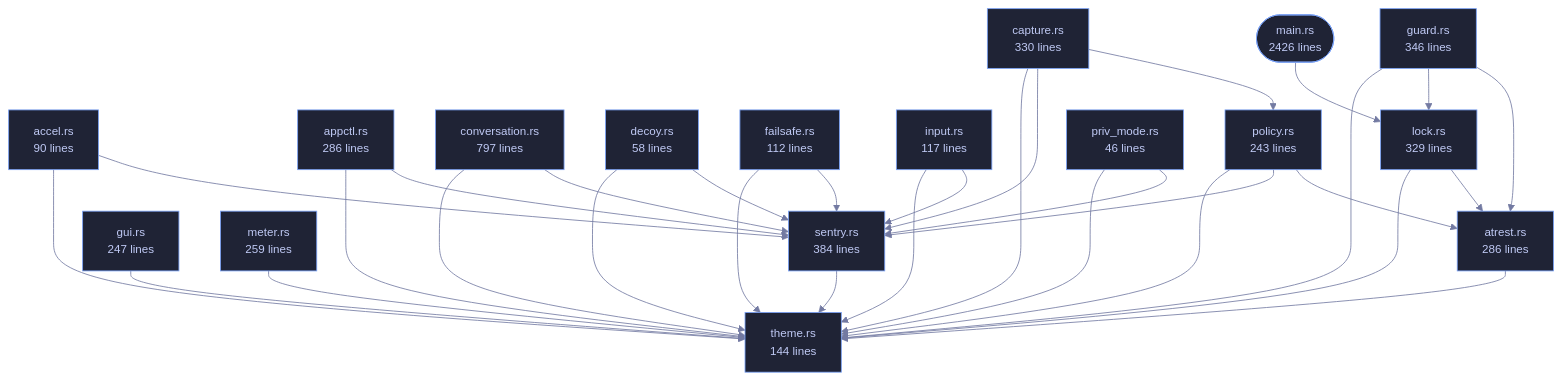
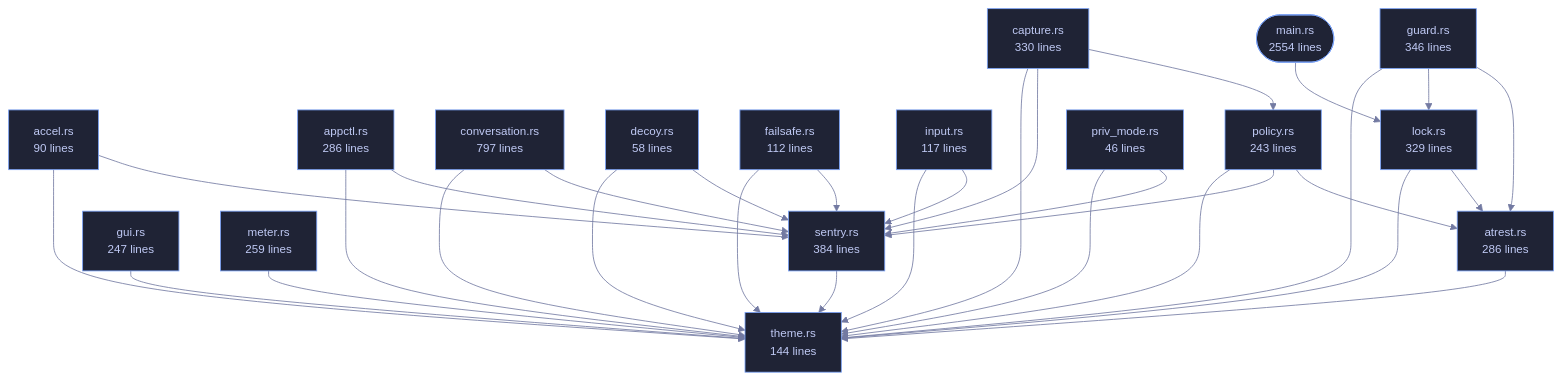
Before and after one commit to tilas01/veilvoice: the diagram in wiki/Crate-veilvoice-cli.md, drawn with Mermaid. The commit also changed other lines of this file and 31 other files, not shown here.

````diff
--- a/wiki/Crate-veilvoice-cli.md
+++ b/wiki/Crate-veilvoice-cli.md
@@ -97,68 +97,68 @@
 ```mermaid
 %%{init: {"theme":"base","themeVariables":{"background":"#1a1b26","primaryColor":"#1f2335","primaryTextColor":"#c0caf5","primaryBorderColor":"#7aa2f7","secondaryColor":"#16161e","tertiaryColor":"#16161e","lineColor":"#737aa2","textColor":"#c0caf5","mainBkg":"#1f2335","nodeBorder":"#7aa2f7","clusterBkg":"#16161e","clusterBorder":"#2f3549","fontFamily":"ui-monospace, SFMono-Regular, Consolas, monospace","fontSize":"14px"}}}%%
 flowchart TD
-    n_main(["main.rs<br/>2426 lines"])
+    n_main(["main.rs<br/>2554 lines"])
     n_accel["accel.rs<br/>90 lines"]
     n_appctl["appctl.rs<br/>286 lines"]
     n_atrest["atrest.rs<br/>286 lines"]
     n_capture["capture.rs<br/>330 lines"]
     n_conversation["conversation.rs<br/>797 lines"]
     n_decoy["decoy.rs<br/>58 lines"]
     n_failsafe["failsafe.rs<br/>112 lines"]
     n_guard["guard.rs<br/>346 lines"]
     n_gui["gui.rs<br/>247 lines"]
     n_input["input.rs<br/>117 lines"]
     n_lock["lock.rs<br/>329 lines"]
     n_meter["meter.rs<br/>259 lines"]
     n_policy["policy.rs<br/>243 lines"]
     n_priv_mode["priv_mode.rs<br/>46 lines"]
     n_sentry["sentry.rs<br/>384 lines"]
     n_theme["theme.rs<br/>144 lines"]
     n_accel --> n_sentry
     n_accel --> n_theme
     n_appctl --> n_sentry
     n_appctl --> n_theme
     n_atrest --> n_theme
     n_capture --> n_policy
     n_capture --> n_sentry
     n_capture --> n_theme
     n_conversation --> n_sentry
     n_conversation --> n_theme
     n_decoy --> n_sentry
     n_decoy --> n_theme
     n_failsafe --> n_sentry
     n_failsafe --> n_theme
     n_guard --> n_atrest
     n_guard --> n_lock
     n_guard --> n_theme
     n_gui --> n_theme
     n_input --> n_sentry
     n_input --> n_theme
     n_lock --> n_atrest
     n_lock --> n_theme
     n_main --> n_lock
     n_meter --> n_theme
     n_policy --> n_atrest
     n_policy --> n_sentry
     n_policy --> n_theme
     n_priv_mode --> n_sentry
     n_priv_mode --> n_theme
     n_sentry --> n_theme
     click n_main href "https://github.com/tilas01/veilvoice/blob/main/crates/veilvoice-cli/src/main.rs" "open the source"
     click n_accel href "https://github.com/tilas01/veilvoice/blob/main/crates/veilvoice-cli/src/accel.rs" "open the source"
     click n_appctl href "https://github.com/tilas01/veilvoice/blob/main/crates/veilvoice-cli/src/appctl.rs" "open the source"
     click n_atrest href "https://github.com/tilas01/veilvoice/blob/main/crates/veilvoice-cli/src/atrest.rs" "open the source"
     click n_capture href "https://github.com/tilas01/veilvoice/blob/main/crates/veilvoice-cli/src/capture.rs" "open the source"
     click n_conversation href "https://github.com/tilas01/veilvoice/blob/main/crates/veilvoice-cli/src/conversation.rs" "open the source"
     click n_decoy href "https://github.com/tilas01/veilvoice/blob/main/crates/veilvoice-cli/src/decoy.rs" "open the source"
     click n_failsafe href "https://github.com/tilas01/veilvoice/blob/main/crates/veilvoice-cli/src/failsafe.rs" "open the source"
     click n_guard href "https://github.com/tilas01/veilvoice/blob/main/crates/veilvoice-cli/src/guard.rs" "open the source"
     click n_gui href "https://github.com/tilas01/veilvoice/blob/main/crates/veilvoice-cli/src/gui.rs" "open the source"
     click n_input href "https://github.com/tilas01/veilvoice/blob/main/crates/veilvoice-cli/src/input.rs" "open the source"
     click n_lock href "https://github.com/tilas01/veilvoice/blob/main/crates/veilvoice-cli/src/lock.rs" "open the source"
     click n_meter href "https://github.com/tilas01/veilvoice/blob/main/crates/veilvoice-cli/src/meter.rs" "open the source"
     click n_policy href "https://github.com/tilas01/veilvoice/blob/main/crates/veilvoice-cli/src/policy.rs" "open the source"
     click n_priv_mode href "https://github.com/tilas01/veilvoice/blob/main/crates/veilvoice-cli/src/priv_mode.rs" "open the source"
     click n_sentry href "https://github.com/tilas01/veilvoice/blob/main/crates/veilvoice-cli/src/sentry.rs" "open the source"
     click n_theme href "https://github.com/tilas01/veilvoice/blob/main/crates/veilvoice-cli/src/theme.rs" "open the source"
 ```
````
